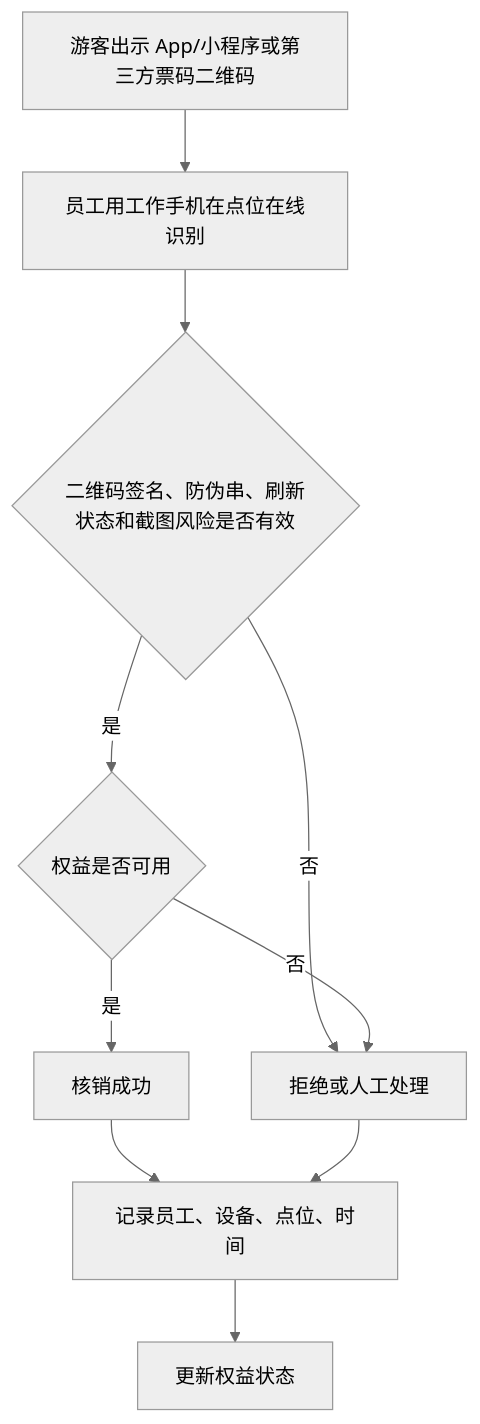
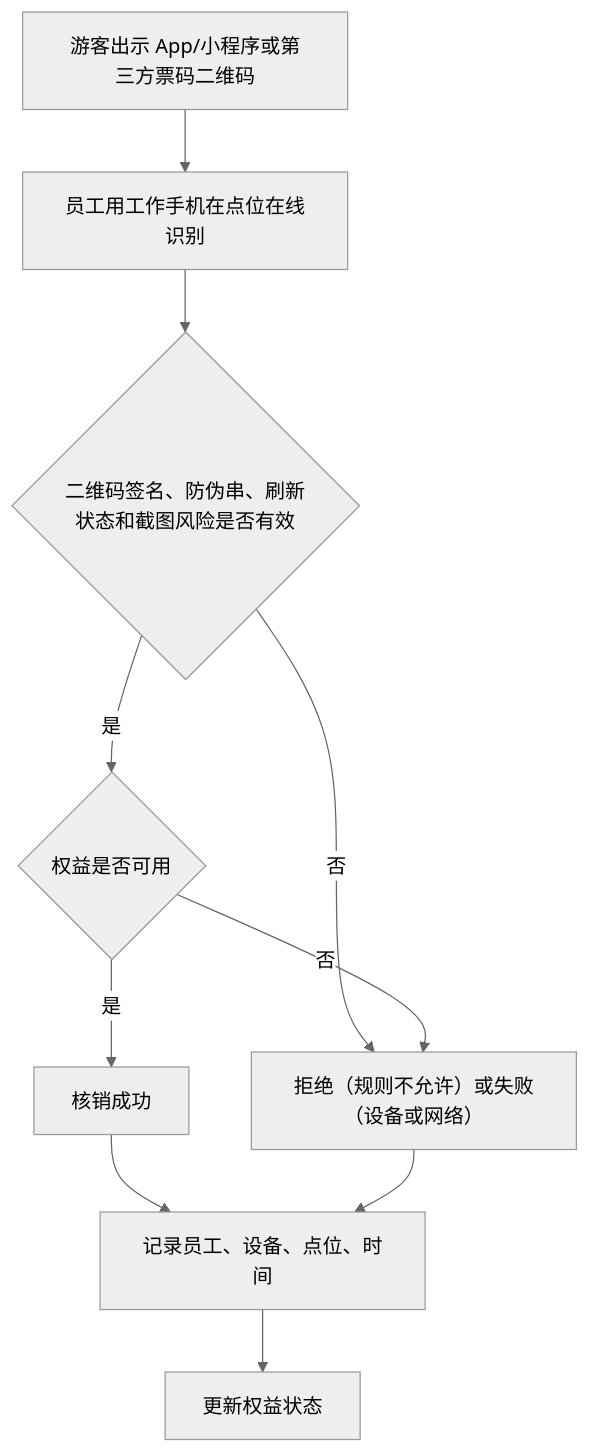
The third of 5 diagrams in docs/ticketing-entitlement-checkin-product-prd-v0.1.md (jxh1979/mall), drawn with Mermaid (neutral theme) before and after one commit. The commit also changed other lines of this file and 16 other files, not shown here.

````diff
--- a/docs/ticketing-entitlement-checkin-product-prd-v0.1.md
+++ b/docs/ticketing-entitlement-checkin-product-prd-v0.1.md
@@ -265,12 +267,12 @@
 ```mermaid
 flowchart TD
   A["游客出示 App/小程序或第三方票码二维码"] --> B["员工用工作手机在点位在线识别"]
   B --> B1{"二维码签名、防伪串、刷新状态和截图风险是否有效"}
   B1 -- 否 --> E["拒绝或进入风险复核"]
   B1 -- 是 --> C{"权益是否可用"}
   C -- 是 --> D["核销成功"]
-  C -- 否 --> E["拒绝或人工处理"]
+  C -- 否 --> E["拒绝（规则不允许）或失败（设备或网络）"]
   D --> F["记录员工、设备、点位、时间"]
   E --> F
   F --> G["更新权益状态"]
 ```
````
